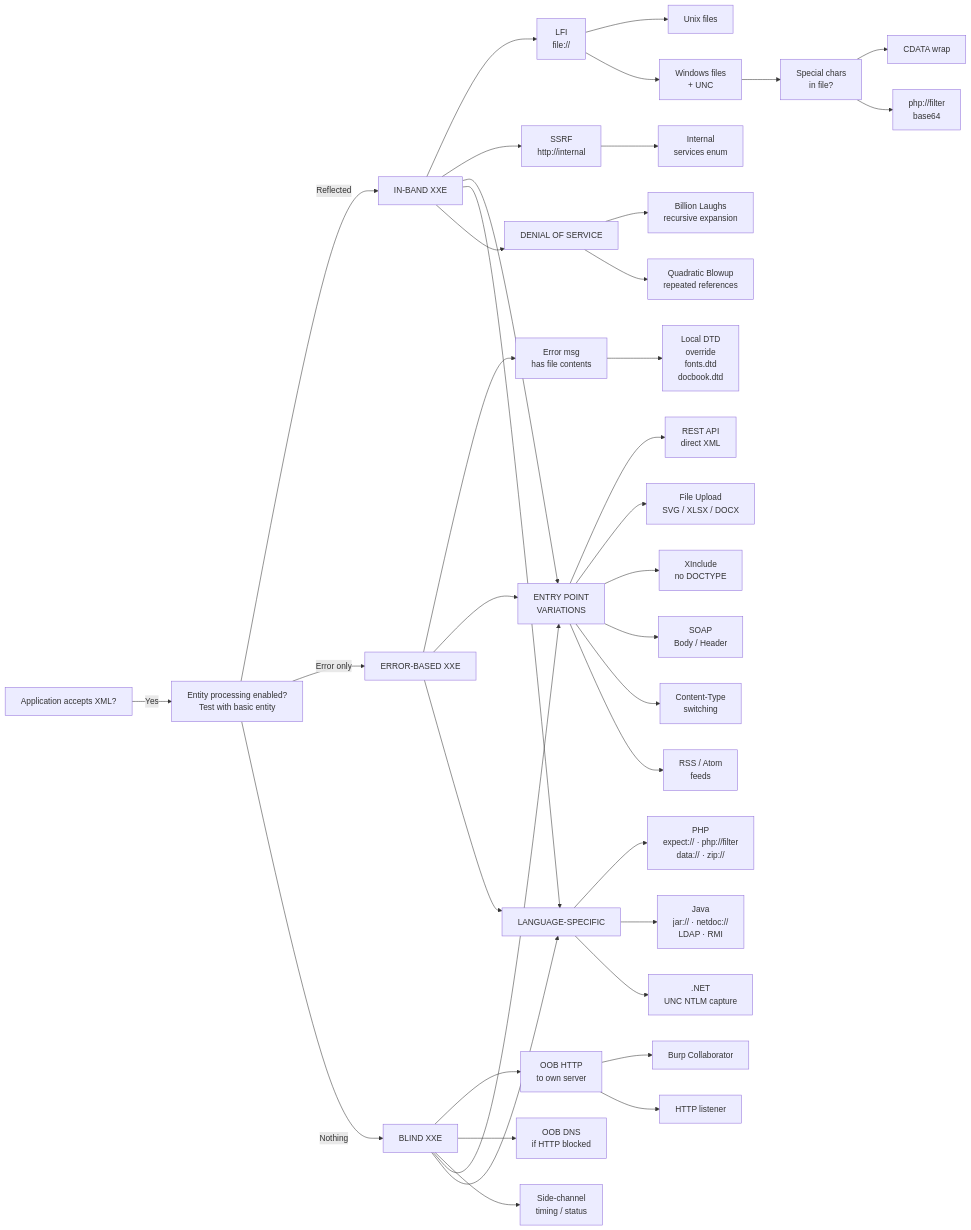
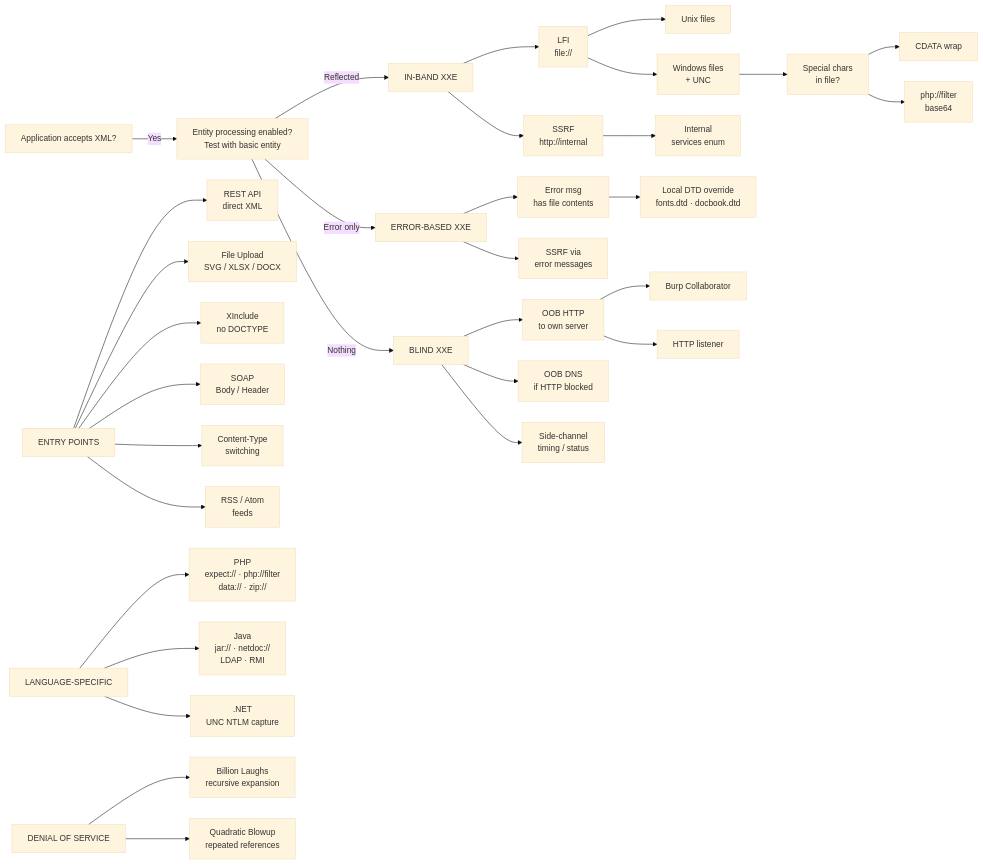
One commit to HansMolemanPNG/hansmolemanpng.github.io changed the diagram in docs/kb/injection-attacks/xxe.md. Above: the diagram before and after it, drawn with Mermaid.

````diff
--- a/docs/kb/injection-attacks/xxe.md
+++ b/docs/kb/injection-attacks/xxe.md
@@ -305,51 +305,55 @@
 ```mermaid
+%%{init: {'theme': 'base', 'flowchart': {'rankSpacing': 60, 'nodeSpacing': 40}}}%%
 graph LR
+
+    %% ROOT
     A[Application accepts XML?] -->|Yes| B[Entity processing enabled?\nTest with basic entity]
+
+    %% THREE BRANCHES
     B -->|Reflected| C[IN-BAND XXE]
     B -->|Error only| D[ERROR-BASED XXE]
     B -->|Nothing| E[BLIND XXE]
 
+    %% IN-BAND
     C --> F[LFI\nfile://]
     C --> G[SSRF\nhttp://internal]
-
     F --> F1[Unix files]
     F --> F2[Windows files\n+ UNC]
     F2 --> F3[Special chars\nin file?]
     F3 --> F4[CDATA wrap]
     F3 --> F5[php://filter\nbase64]
-
     G --> G1[Internal\nservices enum]
 
+    %% ERROR-BASED
     D --> D1[Error msg\nhas file contents]
-    D1 --> D2[Local DTD\noverride\nfonts.dtd\ndocbook.dtd]
+    D1 --> D2[Local DTD override\nfonts.dtd · docbook.dtd]
+    D --> D3[SSRF via\nerror messages]
 
+    %% BLIND
     E --> E1[OOB HTTP\nto own server]
     E --> E2[OOB DNS\nif HTTP blocked]
     E --> E3[Side-channel\ntiming / status]
-
     E1 --> E1a[Burp Collaborator]
     E1 --> E1b[HTTP listener]
 
-    C --> EP[ENTRY POINT\nVARIATIONS]
-    D --> EP
-    E --> EP
-
+    %% ENTRY POINTS — independent block
+    EP[ENTRY POINTS]
     EP --> EP1[REST API\ndirect XML]
     EP --> EP2[File Upload\nSVG / XLSX / DOCX]
     EP --> EP3[XInclude\nno DOCTYPE]
     EP --> EP4[SOAP\nBody / Header]
     EP --> EP5[Content-Type\nswitching]
     EP --> EP6[RSS / Atom\nfeeds]
 
-    C --> LS[LANGUAGE-SPECIFIC]
-    D --> LS
-    E --> LS
-
+    %% LANGUAGE-SPECIFIC — independent block
+    LS[LANGUAGE-SPECIFIC]
     LS --> LS1[PHP\nexpect:// · php://filter\ndata:// · zip://]
     LS --> LS2[Java\njar:// · netdoc://\nLDAP · RMI]
     LS --> LS3[.NET\nUNC NTLM capture]
 
-    C --> DOS[DENIAL OF SERVICE]
+    %% DoS — independent block
+    DOS[DENIAL OF SERVICE]
     DOS --> DOS1[Billion Laughs\nrecursive expansion]
     DOS --> DOS2[Quadratic Blowup\nrepeated references]
+
 ```
````
